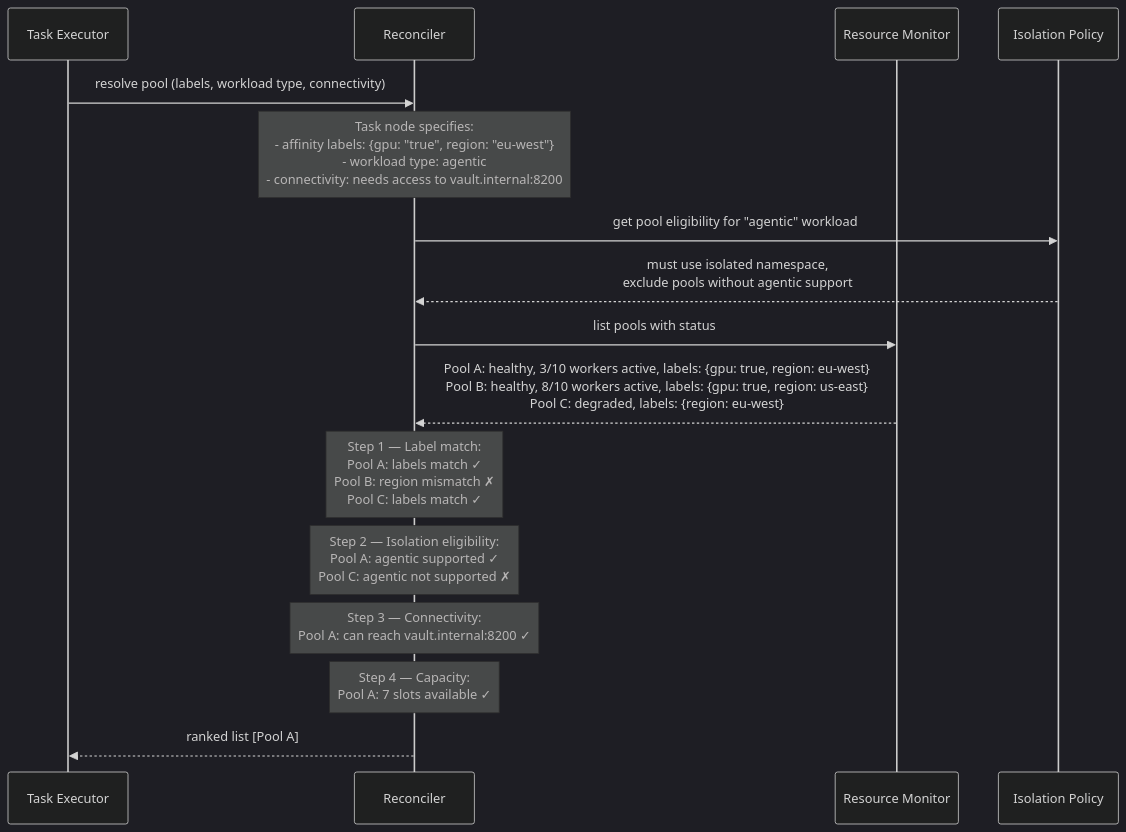
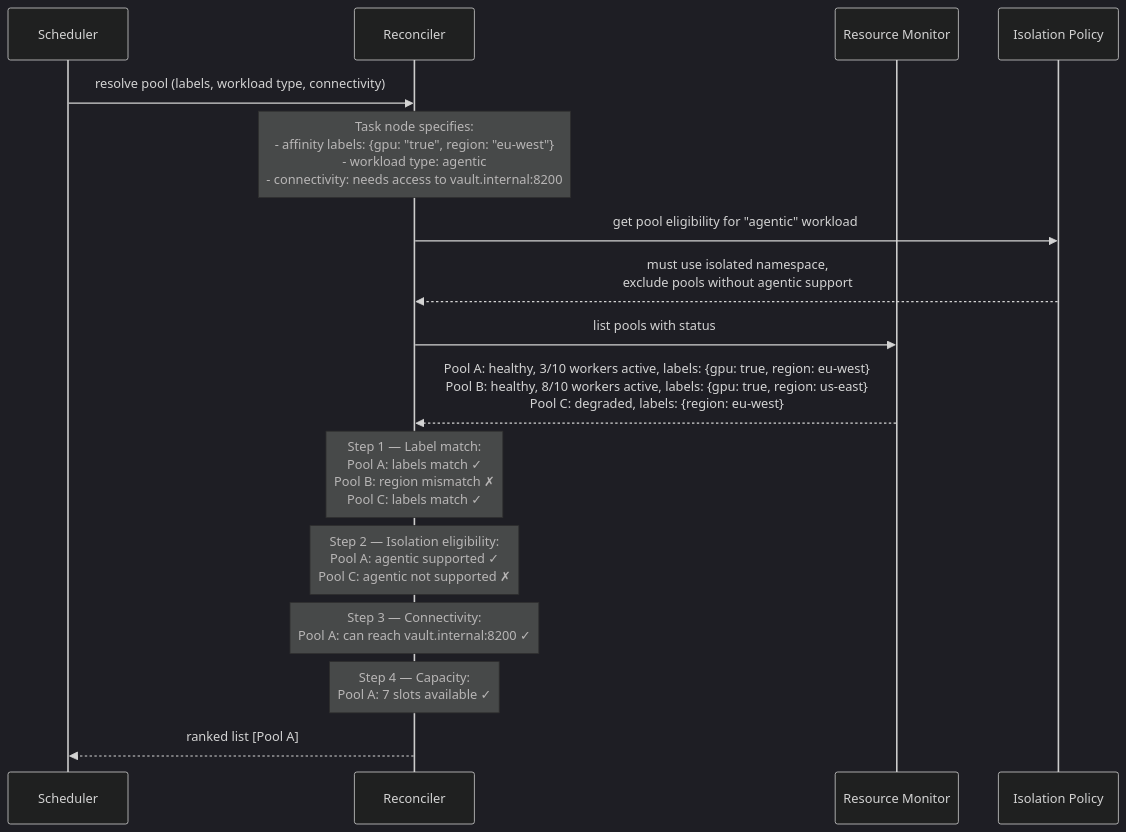
Before and after one commit to manstis/syntara: diagram 11 of 16 in backend/docs/execution-plane.md, drawn with Mermaid (dark theme). The commit also changed other lines of this file, not shown here.

````diff
--- a/backend/docs/execution-plane.md
+++ b/backend/docs/execution-plane.md
@@ -524,27 +603,27 @@
 ```mermaid
 sequenceDiagram
-    participant TE as Task Executor
+    participant S as Scheduler
     participant R as Reconciler
     participant RM as Resource Monitor
     participant IP as Isolation Policy
 
-    TE->>R: resolve pool (labels, workload type, connectivity)
+    S->>R: resolve pool (labels, workload type, connectivity)
 
     Note over R: Task node specifies:<br/>- affinity labels: {gpu: "true", region: "eu-west"}<br/>- workload type: agentic<br/>- connectivity: needs access to vault.internal:8200
 
     R->>IP: get pool eligibility for "agentic" workload
     IP-->>R: must use isolated namespace,<br/>exclude pools without agentic support
 
     R->>RM: list pools with status
     RM-->>R: Pool A: healthy, 3/10 workers active, labels: {gpu: true, region: eu-west}<br/>Pool B: healthy, 8/10 workers active, labels: {gpu: true, region: us-east}<br/>Pool C: degraded, labels: {region: eu-west}
 
     Note over R: Step 1 — Label match:<br/>Pool A: labels match ✓<br/>Pool B: region mismatch ✗<br/>Pool C: labels match ✓
 
     Note over R: Step 2 — Isolation eligibility:<br/>Pool A: agentic supported ✓<br/>Pool C: agentic not supported ✗
 
     Note over R: Step 3 — Connectivity:<br/>Pool A: can reach vault.internal:8200 ✓
 
     Note over R: Step 4 — Capacity:<br/>Pool A: 7 slots available ✓
 
-    R-->>TE: ranked list [Pool A]
+    R-->>S: ranked list [Pool A]
 ```
````
